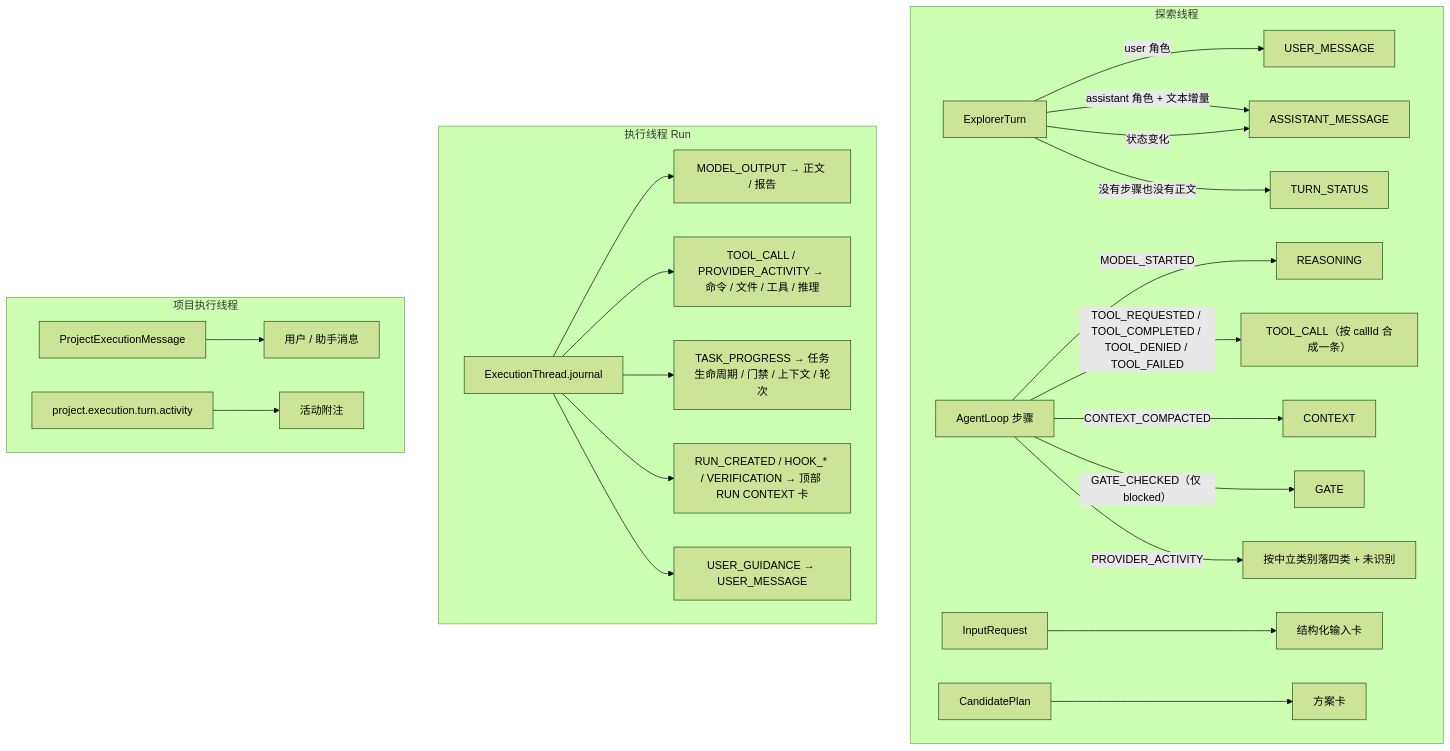
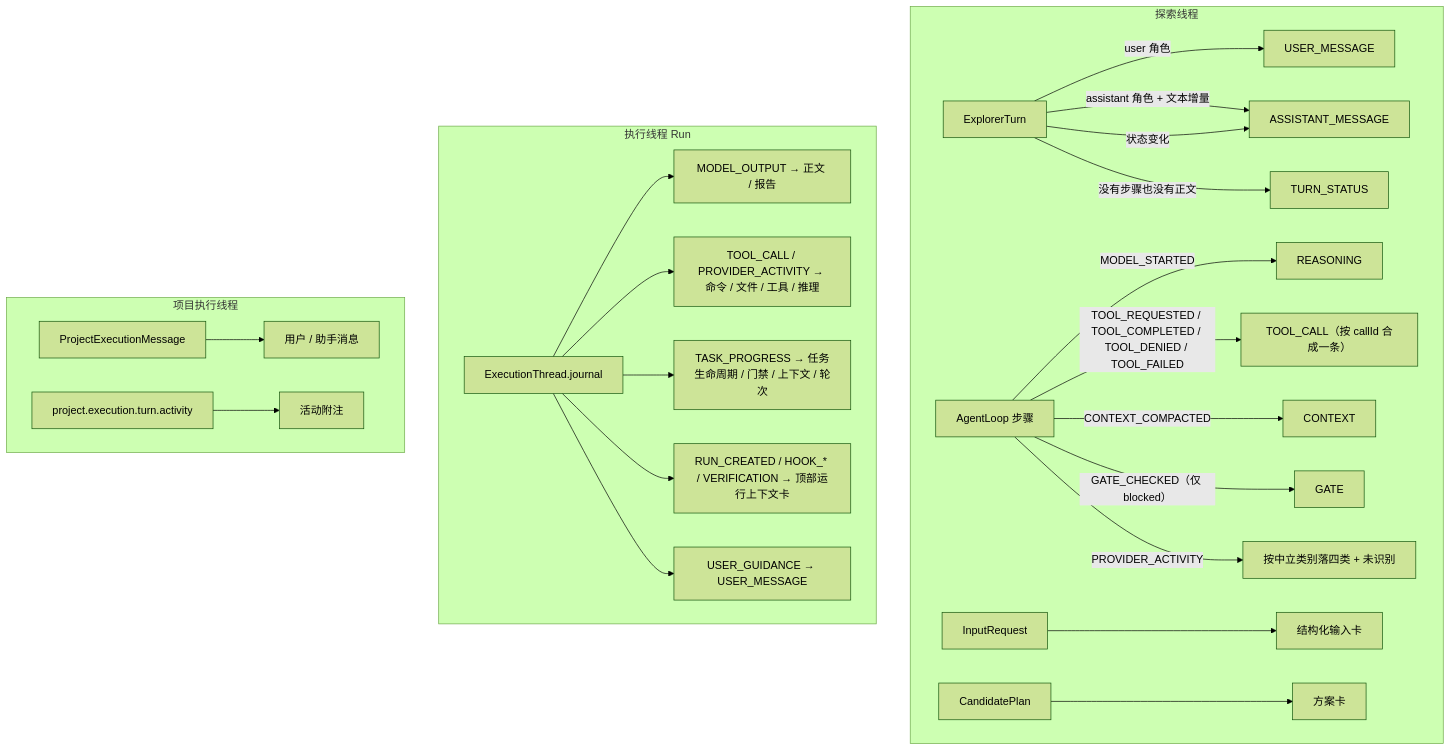
One commit to DigitalMarsh/pipeline-factory changed the ninth of 10 diagrams in docs/消息类型及事件状态机流程图.md. Above: the diagram before and after it, drawn with Mermaid (forest theme). The commit also changed other lines of this file and 24 other files, not shown here.

````diff
--- a/docs/消息类型及事件状态机流程图.md
+++ b/docs/消息类型及事件状态机流程图.md
@@ -564,27 +564,27 @@
 ```mermaid
 flowchart TD
   subgraph 探索线程
     T["ExplorerTurn"] -->|"user 角色"| UM["USER_MESSAGE"]
     T -->|"assistant 角色 + 文本增量"| AM["ASSISTANT_MESSAGE"]
     T -->|"状态变化"| AM
     T -->|"没有步骤也没有正文"| TS["TURN_STATUS"]
     L["AgentLoop 步骤"] -->|"MODEL_STARTED"| RS["REASONING"]
     L -->|"TOOL_REQUESTED / TOOL_COMPLETED / TOOL_DENIED / TOOL_FAILED"| TOOL["TOOL_CALL（按 callId 合成一条）"]
     L -->|"CONTEXT_COMPACTED"| CD["CONTEXT"]
     L -->|"GATE_CHECKED（仅 blocked）"| GT["GATE"]
     L -->|"PROVIDER_ACTIVITY"| PA["按中立类别落四类 + 未识别"]
     IR["InputRequest"] --> IC["结构化输入卡"]
     P["CandidatePlan"] --> PC["方案卡"]
   end
   subgraph 执行线程 Run
     J["ExecutionThread.journal"] --> MOD["MODEL_OUTPUT → 正文 / 报告"]
     J --> TC["TOOL_CALL / PROVIDER_ACTIVITY → 命令 / 文件 / 工具 / 推理"]
     J --> TP["TASK_PROGRESS → 任务生命周期 / 门禁 / 上下文 / 轮次"]
-    J --> RA["RUN_CREATED / HOOK_* / VERIFICATION → 顶部 RUN CONTEXT 卡"]
+    J --> RA["RUN_CREATED / HOOK_* / VERIFICATION → 顶部运行上下文卡"]
     J --> UG["USER_GUIDANCE → USER_MESSAGE"]
   end
   subgraph 项目执行线程
     PE["ProjectExecutionMessage"] --> PM["用户 / 助手消息"]
     EV["project.execution.turn.activity"] --> PAL["活动附注"]
   end
 ```
````
